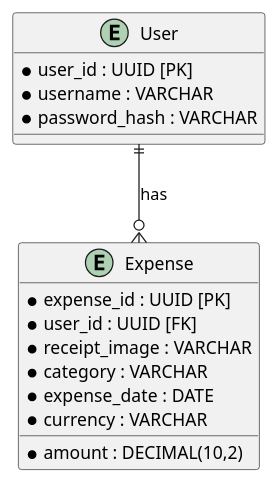
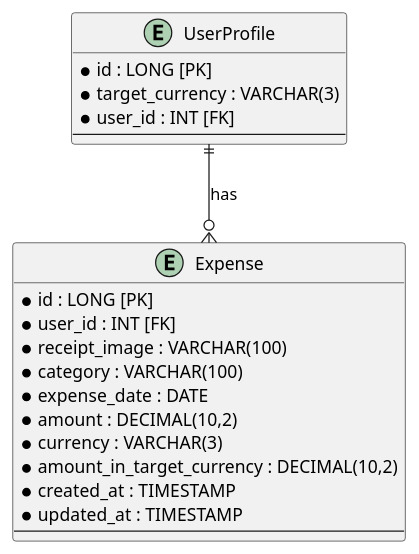
One commit to 1oannis/budget-lens changed the diagram in .extras/erm.plantuml. Above: the diagram before and after it, drawn with PlantUML. The commit also changed 5 other files, not shown here.

```diff
--- a/.extras/erm.plantuml
+++ b/.extras/erm.plantuml
@@ -1,19 +1,24 @@
 @startuml budget-lens
-entity User {
-  * user_id : UUID [PK]
-  * username : VARCHAR
-  * password_hash : VARCHAR
+entity UserProfile {
+  * id : LONG [PK]
+  * target_currency : VARCHAR(3)
+  * user_id : INT [FK]
+  --
 }
 
 entity Expense {
-  * expense_id : UUID [PK]
-  * user_id : UUID [FK]
-  * receipt_image : VARCHAR
-  * category : VARCHAR
+  * id : LONG [PK]
+  * user_id : INT [FK]
+  * receipt_image : VARCHAR(100)
+  * category : VARCHAR(100)
   * expense_date : DATE
   * amount : DECIMAL(10,2)
-  * currency : VARCHAR
+  * currency : VARCHAR(3)
+  * amount_in_target_currency : DECIMAL(10,2)
+  * created_at : TIMESTAMP
+  * updated_at : TIMESTAMP
+  --
 }
 
-User ||--o{ Expense : has
+UserProfile ||--o{ Expense : has
 @enduml
```
